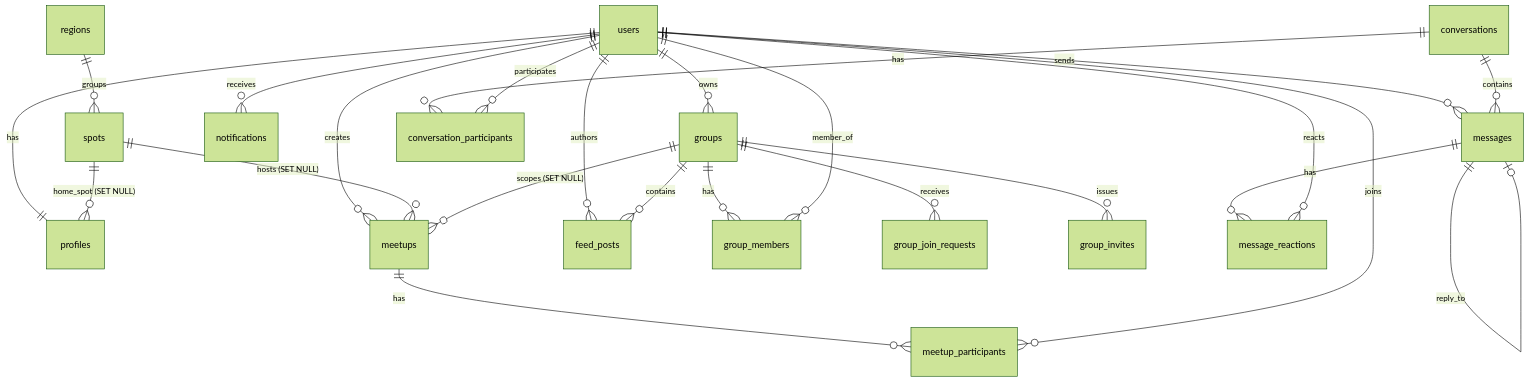
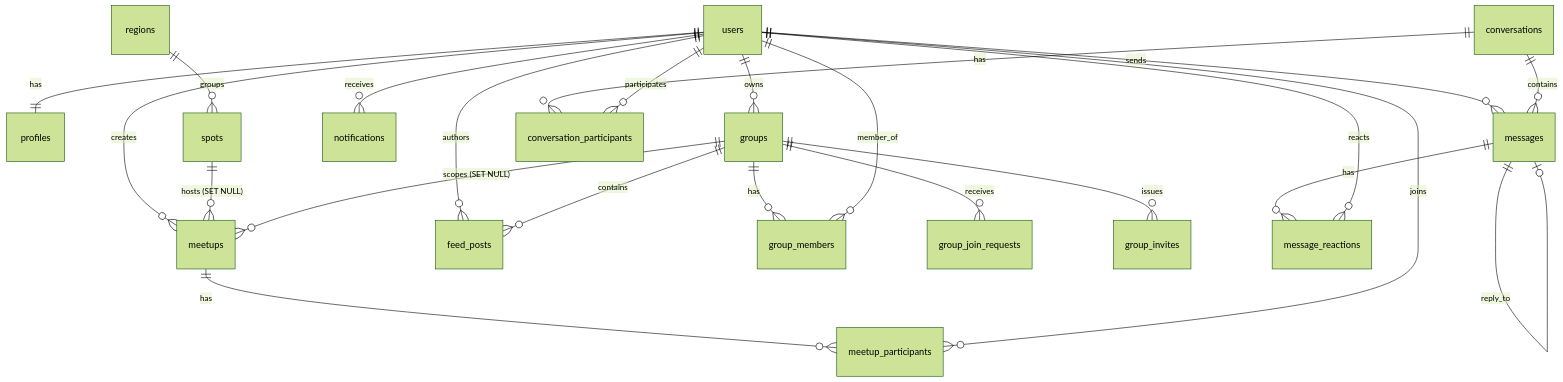
The diagram in spec/DATA_MODEL.md (K3BAP/fwe-backend), drawn with Mermaid (forest theme) before and after one commit. The commit also changed other lines of this file, not shown here.

First line of the commit message:
docs(spec): DATA_MODEL — profiles.home_spot_id als nicht umgesetzt markieren

````diff
--- a/spec/DATA_MODEL.md
+++ b/spec/DATA_MODEL.md
@@ -57,30 +56,29 @@
 ```mermaid
 erDiagram
     users ||--|| profiles : has
     users ||--o{ meetups : creates
     users ||--o{ groups : owns
     users ||--o{ messages : sends
     users ||--o{ feed_posts : authors
     users ||--o{ notifications : receives
 
     regions ||--o{ spots : groups
     spots ||--o{ meetups : "hosts (SET NULL)"
-    spots ||--o{ profiles : "home_spot (SET NULL)"
 
     meetups ||--o{ meetup_participants : has
     users ||--o{ meetup_participants : joins
     groups ||--o{ meetups : "scopes (SET NULL)"
 
     groups ||--o{ group_members : has
     users ||--o{ group_members : member_of
     groups ||--o{ group_join_requests : receives
     groups ||--o{ group_invites : issues
     groups ||--o{ feed_posts : contains
 
     conversations ||--o{ conversation_participants : has
     users ||--o{ conversation_participants : participates
     conversations ||--o{ messages : contains
     messages ||--o{ message_reactions : has
     users ||--o{ message_reactions : reacts
     messages ||--o| messages : "reply_to"
 ```
````
